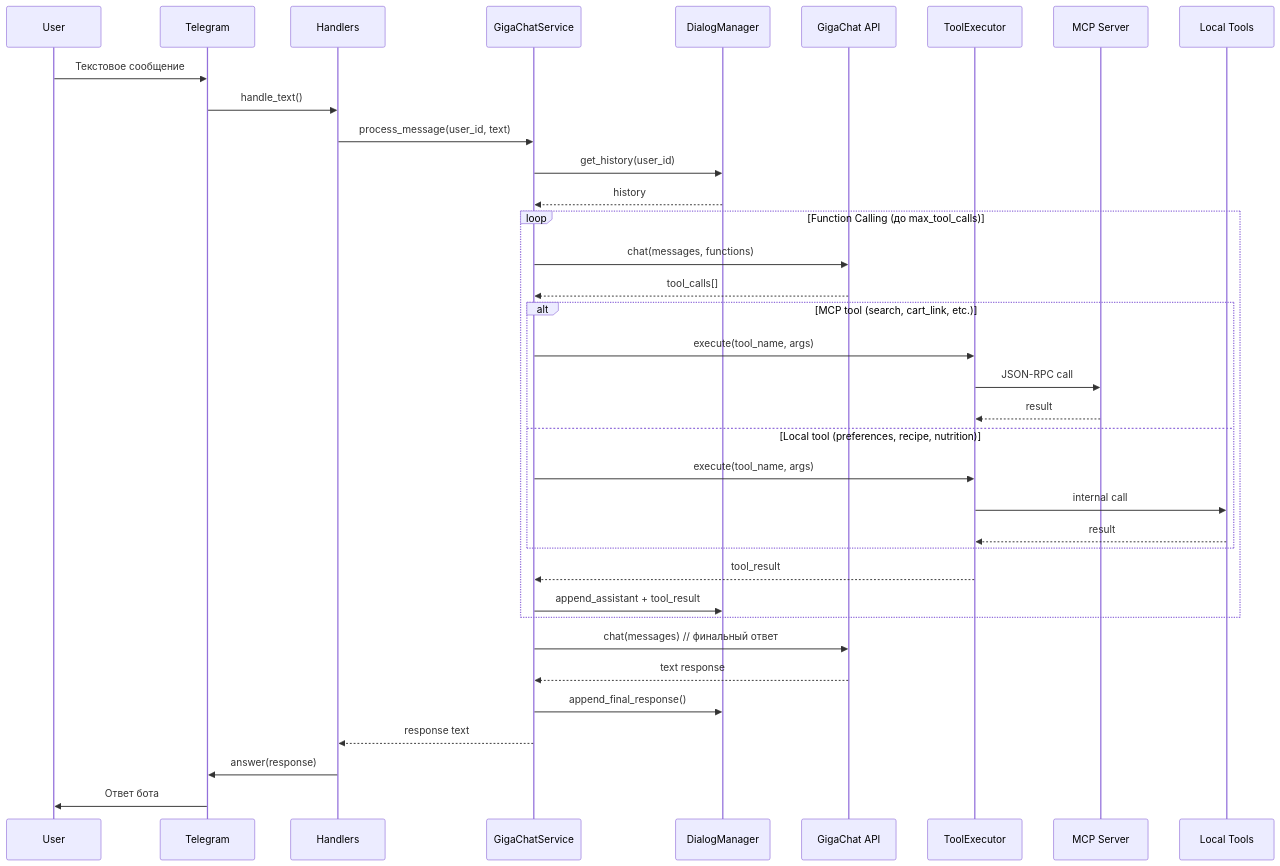
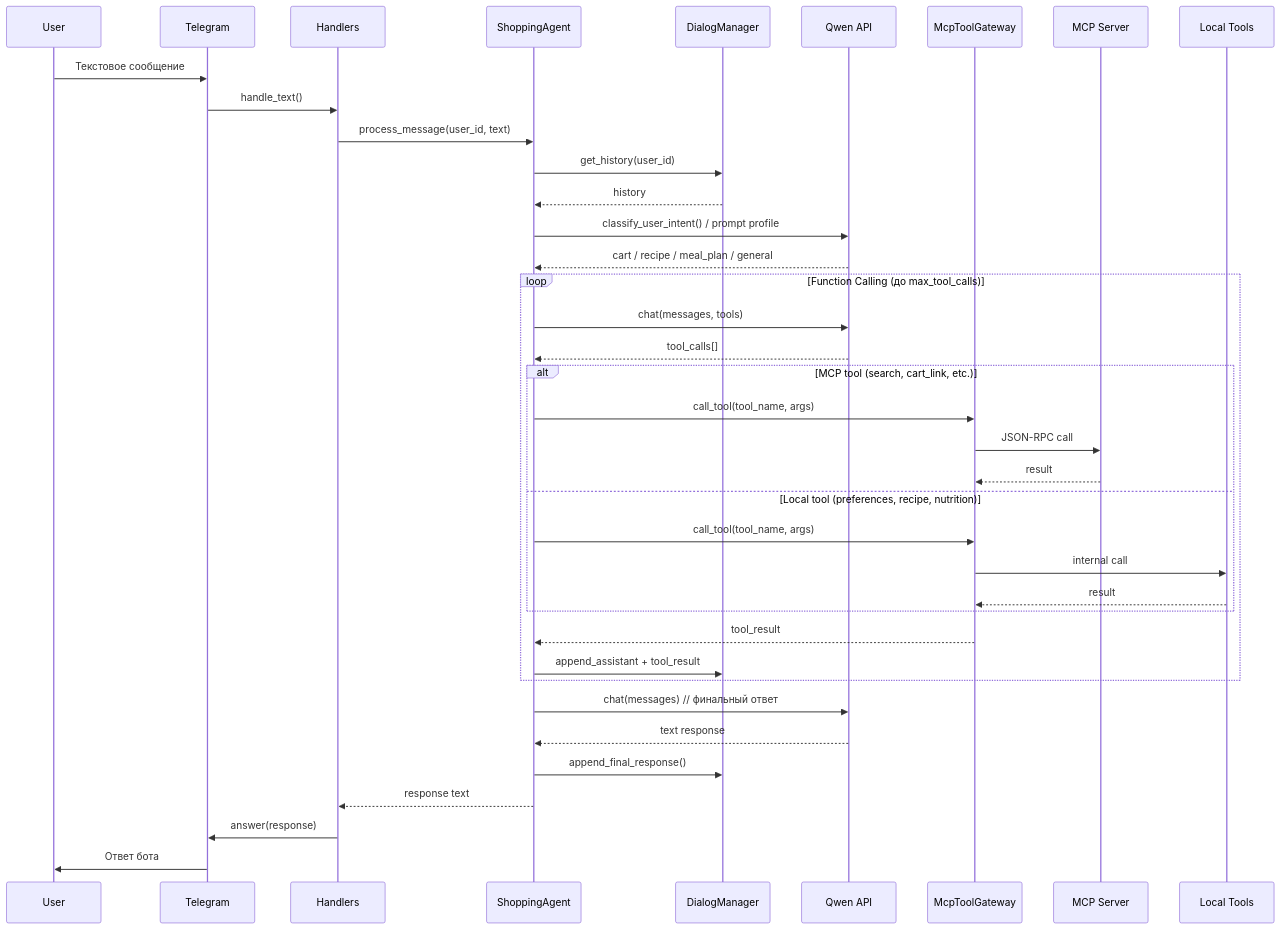
The fourth of 8 diagrams in docs/ARCHITECTURE.md (mrPDA/vkuswill_bot), drawn with Mermaid before and after one commit. The commit also changed other lines of this file and 7 other files, not shown here.

````diff
--- a/docs/ARCHITECTURE.md
+++ b/docs/ARCHITECTURE.md
@@ -238,44 +250,46 @@
 ```mermaid
 sequenceDiagram
     participant User
     participant TG as Telegram
     participant H as Handlers
-    participant GCS as GigaChatService
+    participant SA as ShoppingAgent
     participant DM as DialogManager
-    participant GC as GigaChat API
-    participant TE as ToolExecutor
+    participant LLM as Qwen API
+    participant MG as McpToolGateway
     participant MCP as MCP Server
     participant Local as Local Tools
 
     User->>TG: Текстовое сообщение
     TG->>H: handle_text()
-    H->>GCS: process_message(user_id, text)
+    H->>SA: process_message(user_id, text)
     
-    GCS->>DM: get_history(user_id)
-    DM-->>GCS: history
+    SA->>DM: get_history(user_id)
+    DM-->>SA: history
+    SA->>LLM: classify_user_intent() / prompt profile
+    LLM-->>SA: cart / recipe / meal_plan / general
     
     loop Function Calling (до max_tool_calls)
-        GCS->>GC: chat(messages, functions)
-        GC-->>GCS: tool_calls[]
+        SA->>LLM: chat(messages, tools)
+        LLM-->>SA: tool_calls[]
         
         alt MCP tool (search, cart_link, etc.)
-            GCS->>TE: execute(tool_name, args)
-            TE->>MCP: JSON-RPC call
-            MCP-->>TE: result
+            SA->>MG: call_tool(tool_name, args)
+            MG->>MCP: JSON-RPC call
+            MCP-->>MG: result
         else Local tool (preferences, recipe, nutrition)
-            GCS->>TE: execute(tool_name, args)
-            TE->>Local: internal call
-            Local-->>TE: result
+            SA->>MG: call_tool(tool_name, args)
+            MG->>Local: internal call
+            Local-->>MG: result
         end
         
-        TE-->>GCS: tool_result
-        GCS->>DM: append_assistant + tool_result
+        MG-->>SA: tool_result
+        SA->>DM: append_assistant + tool_result
     end
     
-    GCS->>GC: chat(messages) // финальный ответ
-    GC-->>GCS: text response
-    GCS->>DM: append_final_response()
-    GCS-->>H: response text
+    SA->>LLM: chat(messages) // финальный ответ
+    LLM-->>SA: text response
+    SA->>DM: append_final_response()
+    SA-->>H: response text
     H->>TG: answer(response)
     TG->>User: Ответ бота
 ```
````
